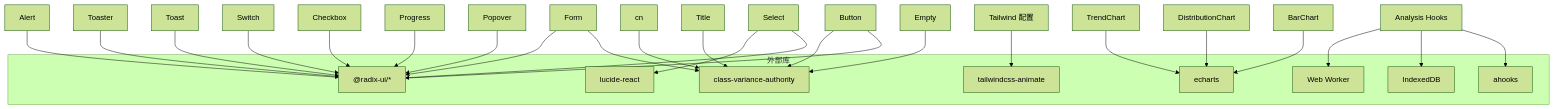
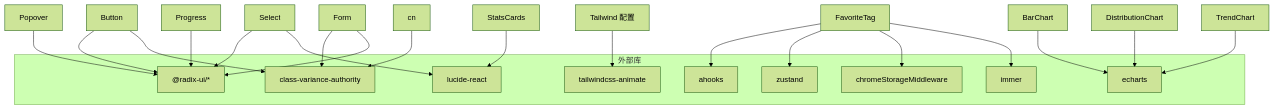
One commit to RadiumAg/bilibili-favorites changed the eighth of 8 diagrams in .qoder/repowiki/zh/content/UI组件系统/UI组件系统.md. Above: the diagram before and after it, drawn with Mermaid (forest theme). The commit also changed other lines of this file and 27 other files, not shown here.

````diff
--- a/.qoder/repowiki/zh/content/UI组件系统/UI组件系统.md
+++ b/.qoder/repowiki/zh/content/UI组件系统/UI组件系统.md
@@ -780,36 +800,32 @@
 ```mermaid
 graph TB
 subgraph "外部库"
 RUI["@radix-ui/*"]
 CVA["class-variance-authority"]
 LUCIDE["lucide-react"]
 ANI["tailwindcss-animate"]
+AH["ahooks"]
+ZUS["zustand"]
+IMMER["immer"]
+CSSM["chromeStorageMiddleware"]
 ECHARTS["echarts"]
-AHOOKS["ahooks"]
-IDB["IndexedDB"]
-WORKER["Web Worker"]
 end
 Btn["Button"] --> RUI
 Btn --> CVA
 Sel["Select"] --> RUI
 Sel --> LUCIDE
 Pop["Popover"] --> RUI
 Prog["Progress"] --> RUI
 Form["Form"] --> CVA
 Form --> RUI
-Checkbox["Checkbox"] --> RUI
-Switch["Switch"] --> RUI
-Toast["Toast"] --> RUI
-Toaster["Toaster"] --> RUI
-Alert["Alert"] --> RUI
-Empty["Empty"] --> CVA
-Title["Title"] --> CVA
 Utils["cn"] --> CVA
 TW["Tailwind 配置"] --> ANI
+FTag["FavoriteTag"] --> AH
+FTag --> ZUS
+FTag --> CSSM
+FTag --> IMMER
 BarChart["BarChart"] --> ECHARTS
 DistributionChart["DistributionChart"] --> ECHARTS
 TrendChart["TrendChart"] --> ECHARTS
-AnalysisHooks["Analysis Hooks"] --> AHOOKS
-AnalysisHooks --> IDB
-AnalysisHooks --> WORKER
+StatsCards["StatsCards"] --> LUCIDE
 ```
````
